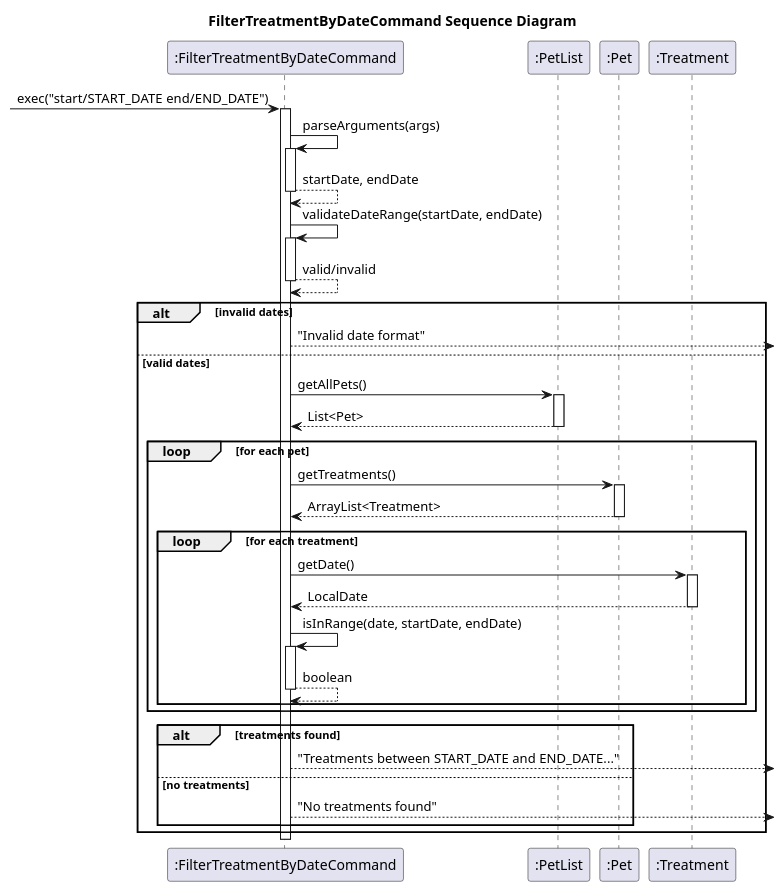
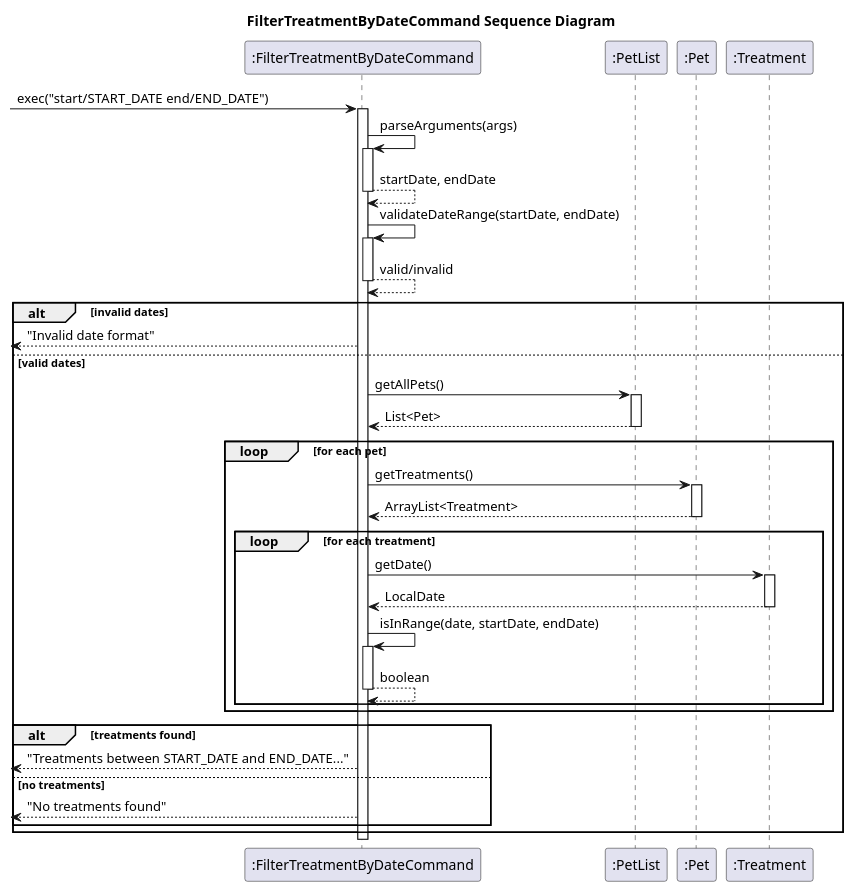
Before and after one commit to Kevin88866/tp: the diagram in docs/uml/FilterTreatmentsByDateSequence.puml, drawn with PlantUML. The commit also changed 3 other files, not shown here.

Commit message:
Update sequence diagrams in developer guide

```diff
--- a/docs/uml/FilterTreatmentsByDateSequence.puml
+++ b/docs/uml/FilterTreatmentsByDateSequence.puml
@@ -1,58 +1,58 @@
 @startuml
 title FilterTreatmentByDateCommand Sequence Diagram
 
 participant ":FilterTreatmentByDateCommand" as FTC
 participant ":PetList" as PetList
 participant ":Pet" as Pet
 participant ":Treatment" as Treatment
 
 -> FTC : exec("start/START_DATE end/END_DATE")
 activate FTC
 
 FTC -> FTC : parseArguments(args)
 activate FTC
 FTC --> FTC : startDate, endDate
 deactivate FTC
 
 FTC -> FTC : validateDateRange(startDate, endDate)
 activate FTC
 FTC --> FTC : valid/invalid
 deactivate FTC
 
 alt invalid dates
-  FTC --> : "Invalid date format"
+  <-- FTC : "Invalid date format"
 else valid dates
   FTC -> PetList : getAllPets()
   activate PetList
   PetList --> FTC : List<Pet>
   deactivate PetList
 
   loop for each pet
     FTC -> Pet : getTreatments()
     activate Pet
     Pet --> FTC : ArrayList<Treatment>
     deactivate Pet
 
     loop for each treatment
       FTC -> Treatment : getDate()
       activate Treatment
       Treatment --> FTC : LocalDate
       deactivate Treatment
 
       FTC -> FTC : isInRange(date, startDate, endDate)
       activate FTC
       FTC --> FTC : boolean
       deactivate FTC
     end
   end
 
   alt treatments found
-    FTC --> : "Treatments between START_DATE and END_DATE..."
+    <-- FTC : "Treatments between START_DATE and END_DATE..."
   else no treatments
-    FTC --> : "No treatments found"
+    <-- FTC : "No treatments found"
   end
 end
 
 deactivate FTC
 
 @enduml
```
